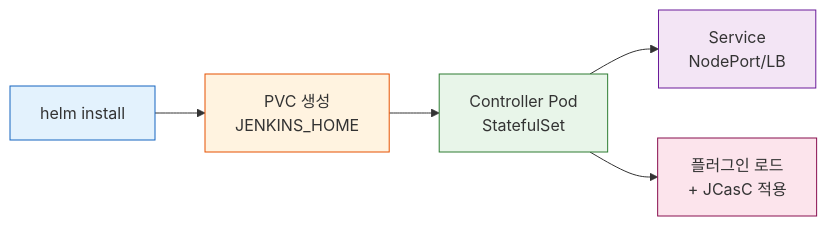
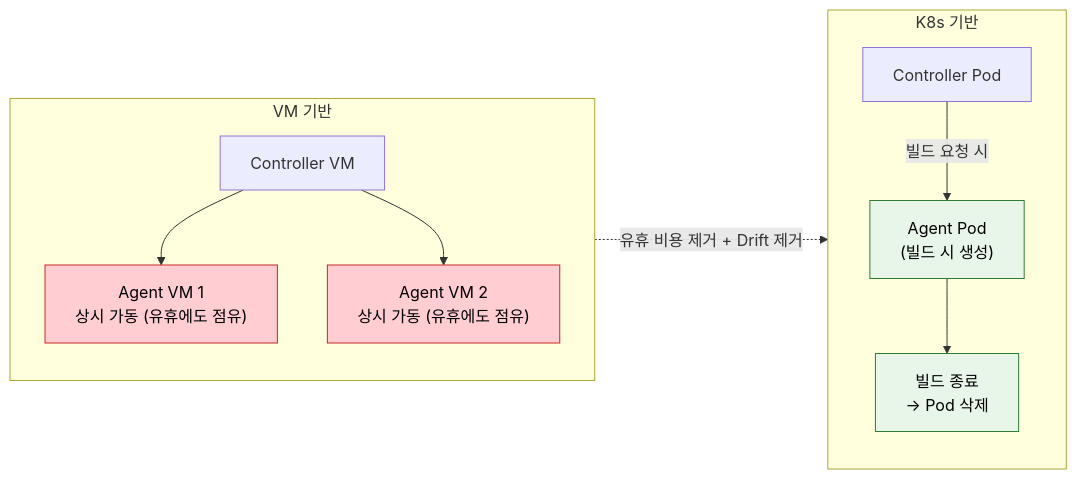
One commit to scofe97/StduyWrite changed the first of 2 diagrams in write/07_devops/02_Jenkins/03_agent/02-01.Kubernetes Jenkins 구축.md. Above: the diagram before and after it, drawn with Mermaid. The commit also changed other lines of this file and 8 other files, not shown here.

First line of the commit message:
[StduyWrite] #time 4h refactor: 02_Jenkins/03_agent/ 9편 심층 개편 (Phase 3)

````diff
--- a/write/07_devops/02_Jenkins/03_agent/02-01.Kubernetes Jenkins 구축.md
+++ b/write/07_devops/02_Jenkins/03_agent/02-01.Kubernetes Jenkins 구축.md
@@ -49,17 +44,24 @@
 ```mermaid
 flowchart LR
-    HELM["helm install"]
-    PVC["PVC 생성<br/>JENKINS_HOME"]
-    CTRL["Controller Pod<br/>StatefulSet"]
-    SVC["Service<br/>NodePort/LB"]
-    PLUGIN["플러그인 로드<br/>+ JCasC 적용"]
+    subgraph VM["VM 기반"]
+        VC["Controller VM"]
+        VA1["Agent VM 1<br>상시 가동 (유휴에도 점유)"]
+        VA2["Agent VM 2<br>상시 가동 (유휴에도 점유)"]
+        VC --> VA1
+        VC --> VA2
+    end
 
-    HELM --> PVC --> CTRL --> SVC
-    CTRL --> PLUGIN
+    subgraph K8S["K8s 기반"]
+        KC["Controller Pod"]
+        KP["Agent Pod<br>(빌드 시 생성)"]
+        KD["빌드 종료<br>→ Pod 삭제"]
+        KC -->|"빌드 요청 시"| KP --> KD
+    end
 
-    style HELM fill:#e3f2fd,stroke:#1565c0,color:#333
-    style PVC fill:#fff3e0,stroke:#e65100,color:#333
-    style CTRL fill:#e8f5e9,stroke:#2e7d32,color:#333
-    style SVC fill:#f3e5f5,stroke:#6a1b9a,color:#333
-    style PLUGIN fill:#fce4ec,stroke:#880e4f,color:#333
+    VM -.->|"유휴 비용 제거 + Drift 제거"| K8S
+
+    style VA1 fill:#ffcdd2,stroke:#c62828,color:#000
+    style VA2 fill:#ffcdd2,stroke:#c62828,color:#000
+    style KP fill:#e8f5e9,stroke:#2e7d32,color:#000
+    style KD fill:#e8f5e9,stroke:#2e7d32,color:#000
 ```
````
